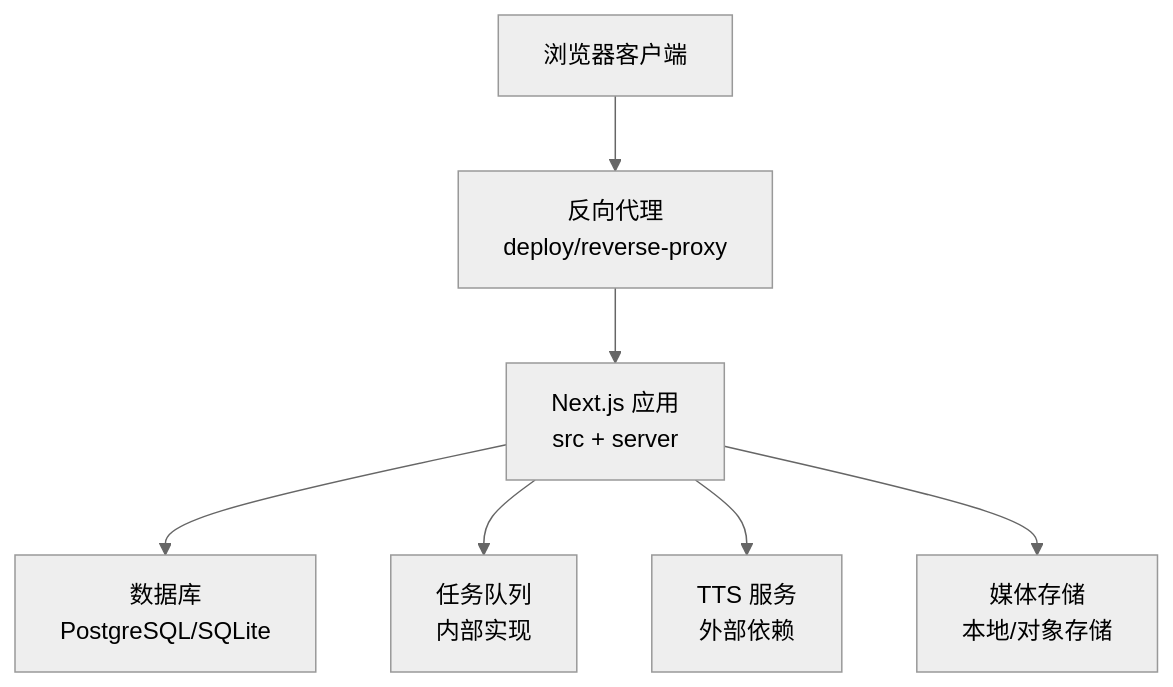
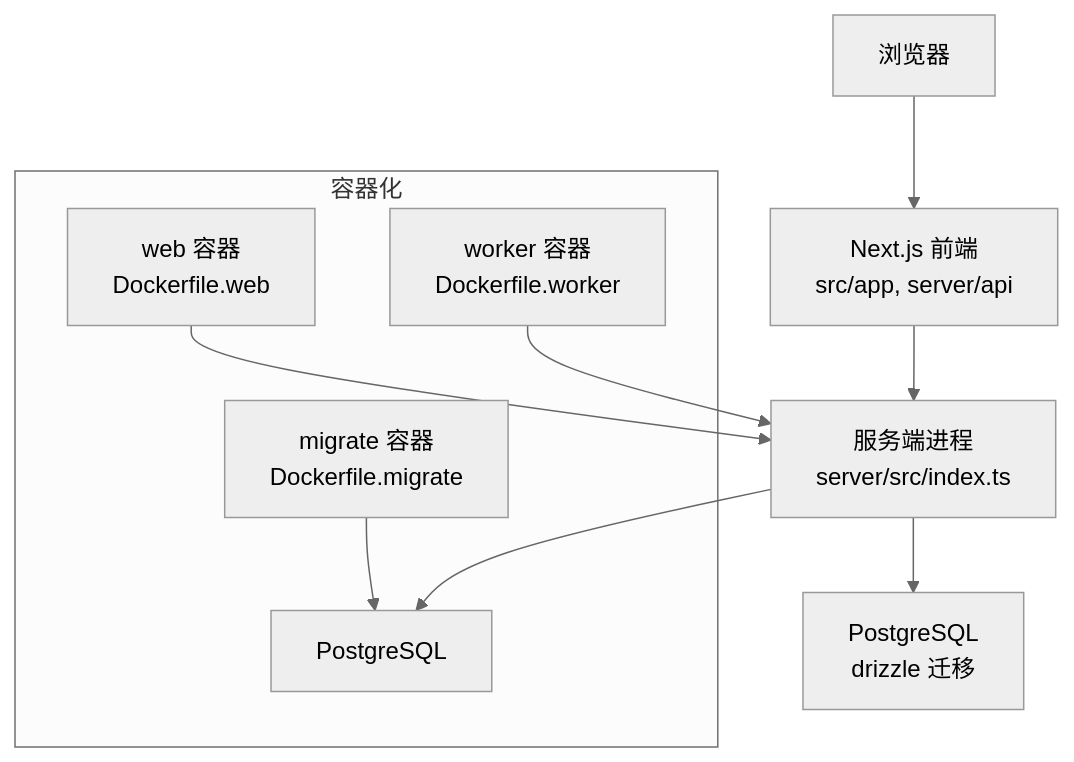
Before and after one commit to scottcwy/PurpleInk: the second of 3 diagrams in .qoder/repowiki/zh/content/快速开始.md, drawn with Mermaid (neutral theme). The commit also changed other lines of this file and 872 other files, not shown here.

````diff
--- a/.qoder/repowiki/zh/content/快速开始.md
+++ b/.qoder/repowiki/zh/content/快速开始.md
@@ -105,9 +89,16 @@
 ```mermaid
 graph TB
-Client["浏览器客户端"] --> Proxy["反向代理<br/>deploy/reverse-proxy"]
-Proxy --> NextApp["Next.js 应用<br/>src + server"]
-NextApp --> DB["数据库<br/>PostgreSQL/SQLite"]
-NextApp --> Queue["任务队列<br/>内部实现"]
-NextApp --> TTS["TTS 服务<br/>外部依赖"]
-NextApp --> Storage["媒体存储<br/>本地/对象存储"]
+Client["浏览器"] --> Next["Next.js 前端<br/>src/app, server/api"]
+Next --> Server["服务端进程<br/>server/src/index.ts"]
+Server --> DB["PostgreSQL<br/>drizzle 迁移"]
+subgraph "容器化"
+NextC["web 容器<br/>Dockerfile.web"]
+WorkerC["worker 容器<br/>Dockerfile.worker"]
+MigrateC["migrate 容器<br/>Dockerfile.migrate"]
+Postgres["PostgreSQL"]
+end
+NextC --> Server
+WorkerC --> Server
+MigrateC --> Postgres
+Server --> Postgres
 ```
````
